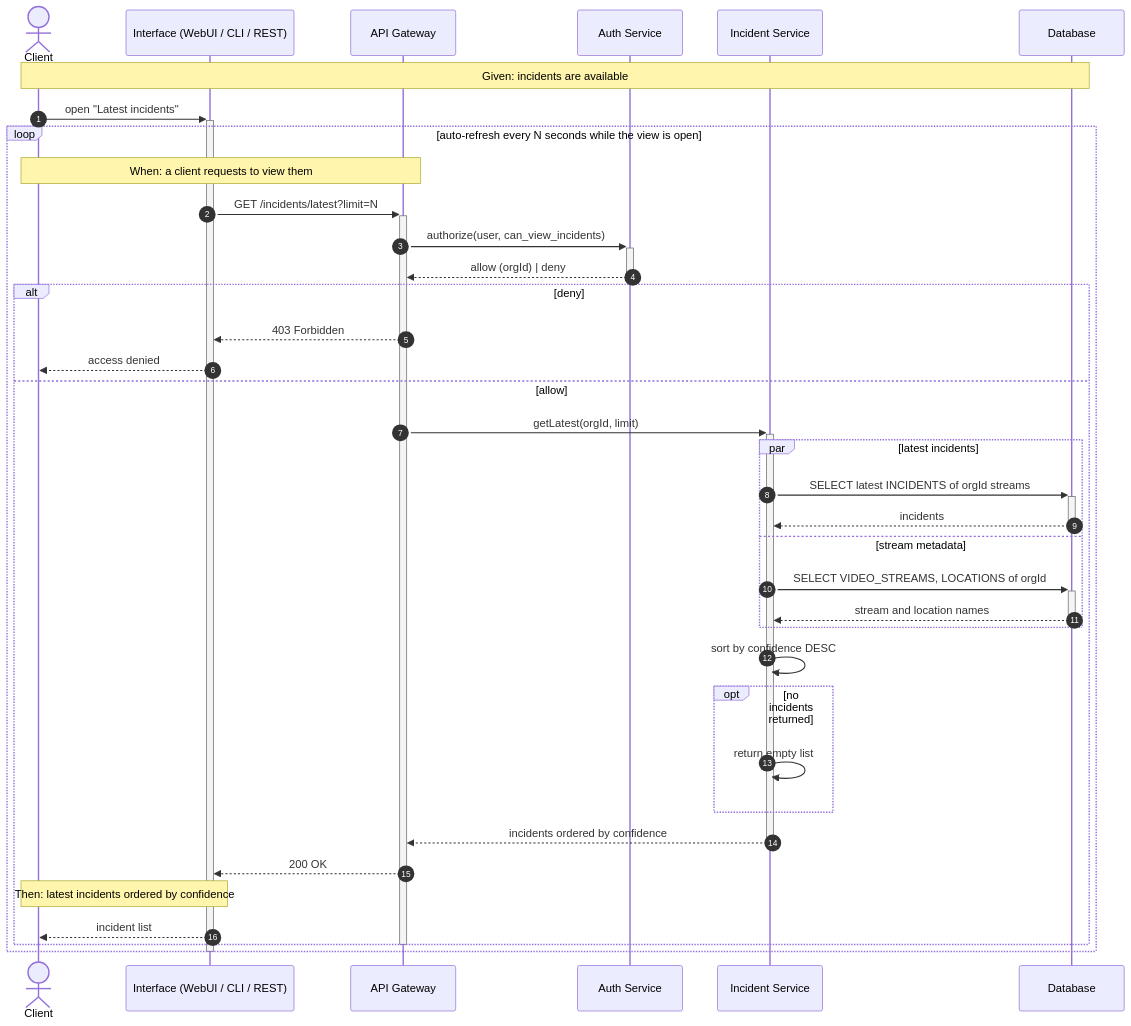
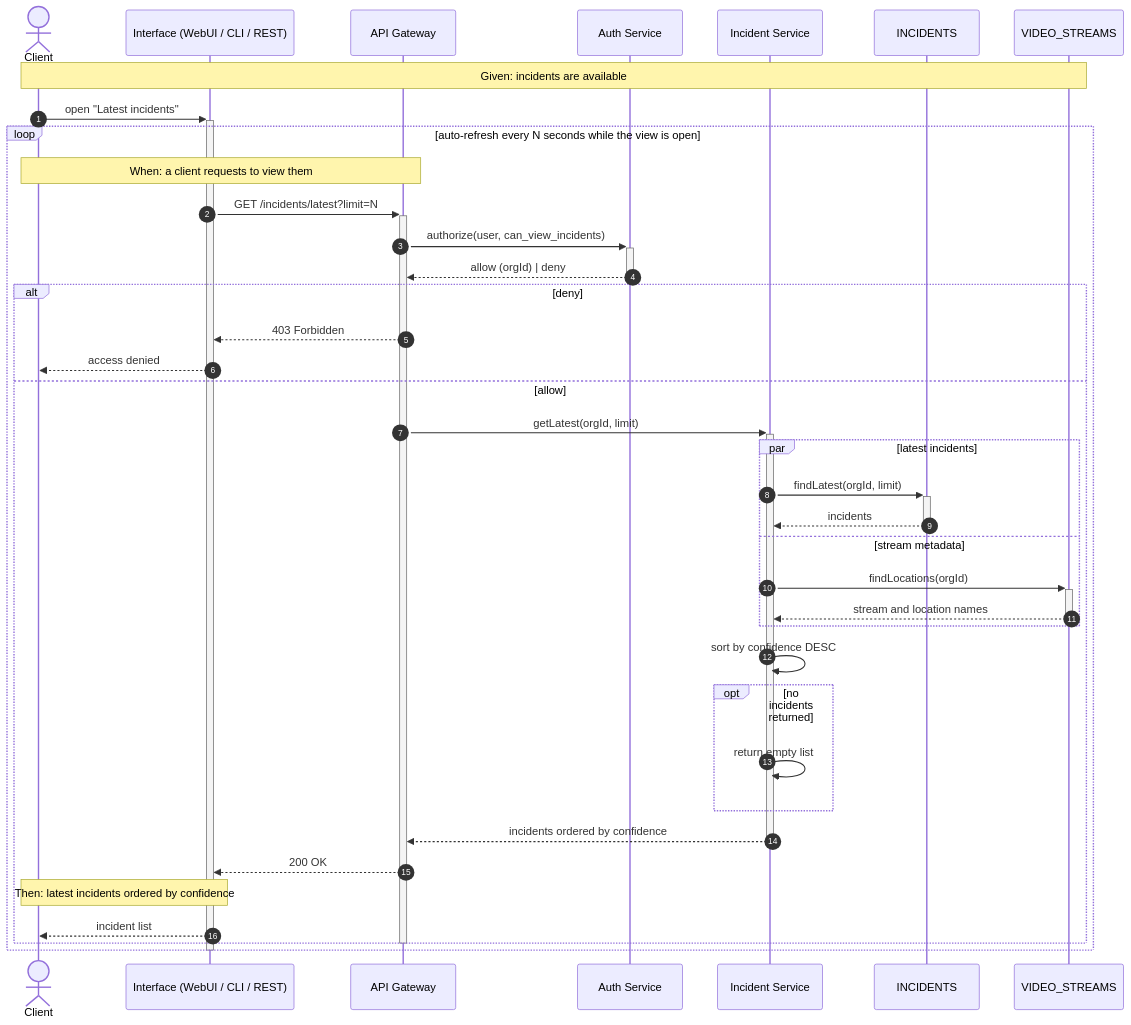
Before and after one commit to yeghor/FICE-KPI-Labs: the fourth of 7 diagrams in lab-3/Sequence-diagrams.md, drawn with Mermaid. The commit also changed other lines of this file and 1 other file, not shown here.

````diff
--- a/lab-3/Sequence-diagrams.md
+++ b/lab-3/Sequence-diagrams.md
@@ -196,42 +196,43 @@
 ```mermaid
 sequenceDiagram
     autonumber
     actor Client
     participant UI as Interface (WebUI / CLI / REST)
     participant API as API Gateway
     participant Auth as Auth Service
     participant Inc as Incident Service
-    participant DB as Database
+    participant Incidents as INCIDENTS
+    participant Streams as VIDEO_STREAMS
 
-    Note over Client,DB: Given: incidents are available
+    Note over Client,Streams: Given: incidents are available
     Client->>+UI: open "Latest incidents"
     loop auto-refresh every N seconds while the view is open
         Note over Client,API: When: a client requests to view them
         UI->>+API: GET /incidents/latest?limit=N
         API->>+Auth: authorize(user, can_view_incidents)
         Auth-->>-API: allow (orgId) | deny
         alt deny
             API-->>UI: 403 Forbidden
             UI-->>Client: access denied
         else allow
             API->>+Inc: getLatest(orgId, limit)
             par latest incidents
-                Inc->>+DB: SELECT latest INCIDENTS of orgId streams
-                DB-->>-Inc: incidents
+                Inc->>+Incidents: findLatest(orgId, limit)
+                Incidents-->>-Inc: incidents
             and stream metadata
-                Inc->>+DB: SELECT VIDEO_STREAMS, LOCATIONS of orgId
-                DB-->>-Inc: stream and location names
+                Inc->>+Streams: findLocations(orgId)
+                Streams-->>-Inc: stream and location names
             end
             Inc->>Inc: sort by confidence DESC
             opt no incidents returned
                 Inc->>Inc: return empty list
             end
             Inc-->>-API: incidents ordered by confidence
             API-->>UI: 200 OK
             Note over Client,UI: Then: latest incidents ordered by confidence
             UI-->>Client: incident list
         end
         deactivate API
     end
     deactivate UI
 ```
````
